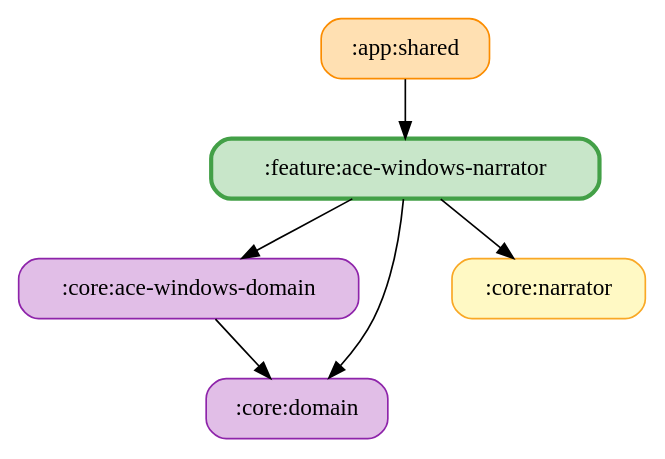
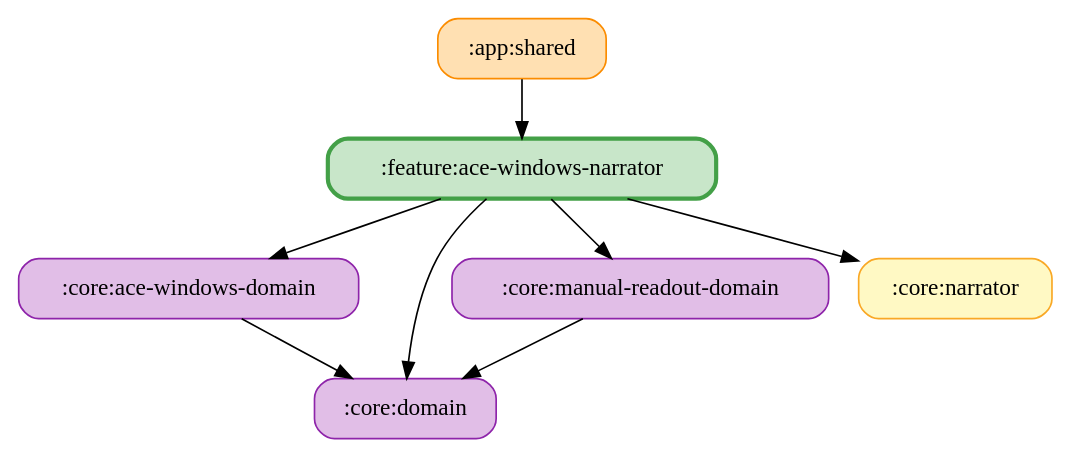
The diagram in docs/graphs/feature-ace-windows-narrator.gv (ai-kurou/KoDriver), drawn with Graphviz before and after one commit. The commit also changed 58 other files, not shown here.

Commit message:
chore: update module graph images

```diff
--- a/docs/graphs/feature-ace-windows-narrator.gv
+++ b/docs/graphs/feature-ace-windows-narrator.gv
@@ -1,14 +1,17 @@
 digraph G {
   rankdir=TB
   node [shape=box, style="rounded,filled"]
   ":app:shared" [fillcolor="#FFE0B2", color="#FB8C00", penwidth=1]
   ":core:ace-windows-domain" [fillcolor="#E1BEE7", color="#8E24AA", penwidth=1]
   ":core:domain" [fillcolor="#E1BEE7", color="#8E24AA", penwidth=1]
+  ":core:manual-readout-domain" [fillcolor="#E1BEE7", color="#8E24AA", penwidth=1]
   ":core:narrator" [fillcolor="#FFF9C4", color="#F9A825", penwidth=1]
   ":feature:ace-windows-narrator" [fillcolor="#C8E6C9", color="#43A047", penwidth=2.5]
   ":app:shared" -> ":feature:ace-windows-narrator"
   ":core:ace-windows-domain" -> ":core:domain"
+  ":core:manual-readout-domain" -> ":core:domain"
   ":feature:ace-windows-narrator" -> ":core:domain"
   ":feature:ace-windows-narrator" -> ":core:ace-windows-domain"
+  ":feature:ace-windows-narrator" -> ":core:manual-readout-domain"
   ":feature:ace-windows-narrator" -> ":core:narrator"
 }
```
